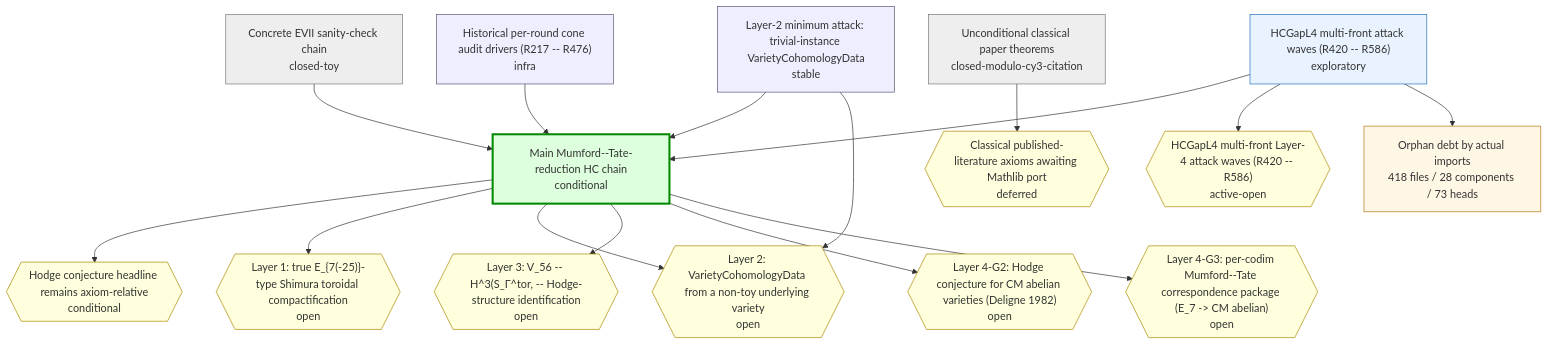
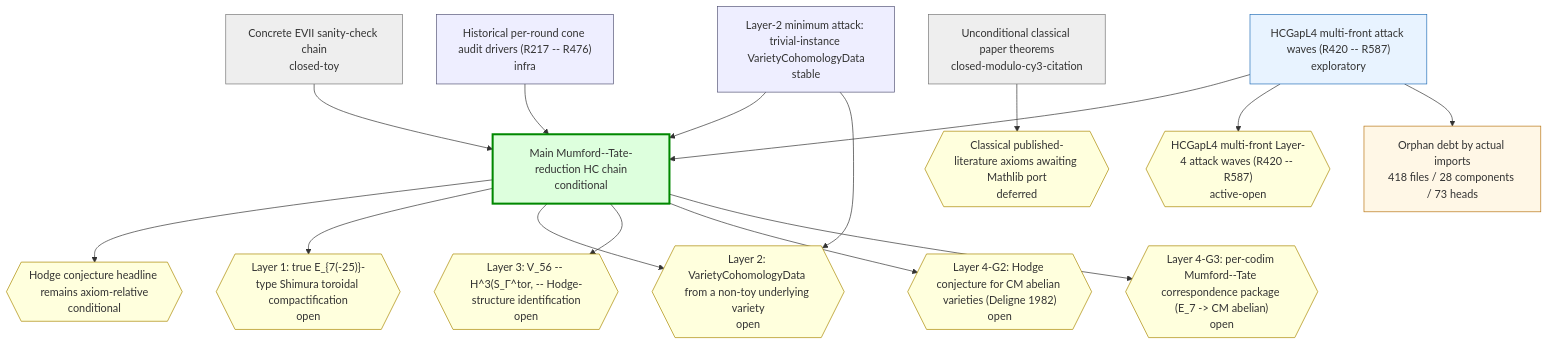
One commit to crabsatellite/hodge-conjecture-lean4-formalization changed the first of 2 diagrams in chain-status/research-map.md. Above: the diagram before and after it, drawn with Mermaid. The commit also changed other lines of this file and 7 other files, not shown here.

````diff
--- a/chain-status/research-map.md
+++ b/chain-status/research-map.md
@@ -45,44 +45,44 @@
 ```mermaid
 graph TD
   classDef main fill:#dfd,stroke:#080,stroke-width:3px
   classDef active fill:#e8f3ff,stroke:#2670b8
   classDef support fill:#eef,stroke:#557
   classDef closed fill:#eee,stroke:#777
   classDef dead fill:#fdd,stroke:#a00,stroke-width:2px
   classDef gapOpen fill:#ffd,stroke:#a80
   classDef gapClosed fill:#eee,stroke:#777
   classDef gapDead fill:#fdd,stroke:#a00
   classDef debt fill:#fff7e6,stroke:#b87514
   classDef debtTaxonomy fill:#e8f3ff,stroke:#2670b8,stroke-dasharray:3 3
   classDef debtRule fill:#eefbea,stroke:#398439,stroke-dasharray:3 3
   classDef debtDead fill:#fdd,stroke:#a00,stroke-dasharray:3 3
   chain_main_hc_axiom_relative["Main Mumford--Tate-reduction HC chain\nconditional"]:::main
   chain_unconditional_classical["Unconditional classical paper theorems\nclosed-modulo-cy3-citation"]:::closed
   chain_hcgap_l2_trivial_instances["Layer-2 minimum attack: trivial-instance VarietyCohomologyData\nstable"]:::support
-  chain_hcgap_l4_multifront_active["HCGapL4 multi-front attack waves (R420 -- R586)\nexploratory"]:::active
+  chain_hcgap_l4_multifront_active["HCGapL4 multi-front attack waves (R420 -- R587)\nexploratory"]:::active
   chain_concrete_evii_toy["Concrete EVII sanity-check chain\nclosed-toy"]:::closed
   chain_historical_cone_audits["Historical per-round cone audit drivers (R217 -- R476)\ninfra"]:::support
   gap_G_main_hc{{"Hodge conjecture headline remains axiom-relative\nconditional"}}:::gapOpen
   gap_G_l1_e7_shimura_tor{{"Layer 1: true E_{7(-25)}-type Shimura toroidal compactification\nopen"}}:::gapOpen
   gap_G_l2_cohomology_construction{{"Layer 2: VarietyCohomologyData from a non-toy underlying variety\nopen"}}:::gapOpen
   gap_G_l3_v56_mt_identification{{"Layer 3: V_56 -- H^3(S_Γ^tor, -- Hodge-structure identification\nopen"}}:::gapOpen
   gap_G_l4_cm_abelian_hc{{"Layer 4-G2: Hodge conjecture for CM abelian varieties (Deligne 1982)\nopen"}}:::gapOpen
   gap_G_l4_mt_correspondence{{"Layer 4-G3: per-codim Mumford--Tate correspondence package (E_7 -> CM abelian)\nopen"}}:::gapOpen
   gap_G_classical_mathlib_port{{"Classical published-literature axioms awaiting Mathlib port\ndeferred"}}:::gapOpen
-  gap_G_hcgap_l4_multifront{{"HCGapL4 multi-front Layer-4 attack waves (R420 -- R586)\nactive-open"}}:::gapOpen
+  gap_G_hcgap_l4_multifront{{"HCGapL4 multi-front Layer-4 attack waves (R420 -- R587)\nactive-open"}}:::gapOpen
   chain_main_hc_axiom_relative --> gap_G_main_hc
   chain_main_hc_axiom_relative --> gap_G_l1_e7_shimura_tor
   chain_main_hc_axiom_relative --> gap_G_l2_cohomology_construction
   chain_main_hc_axiom_relative --> gap_G_l3_v56_mt_identification
   chain_main_hc_axiom_relative --> gap_G_l4_cm_abelian_hc
   chain_main_hc_axiom_relative --> gap_G_l4_mt_correspondence
   chain_unconditional_classical --> gap_G_classical_mathlib_port
   chain_hcgap_l2_trivial_instances --> chain_main_hc_axiom_relative
   chain_hcgap_l2_trivial_instances --> gap_G_l2_cohomology_construction
   chain_hcgap_l4_multifront_active --> chain_main_hc_axiom_relative
   chain_hcgap_l4_multifront_active --> gap_G_hcgap_l4_multifront
   chain_concrete_evii_toy --> chain_main_hc_axiom_relative
   chain_historical_cone_audits --> chain_main_hc_axiom_relative
   debt_all["Orphan debt by actual imports\n418 files / 28 components / 73 heads"]:::debt
   chain_hcgap_l4_multifront_active --> debt_all
 ```
````
